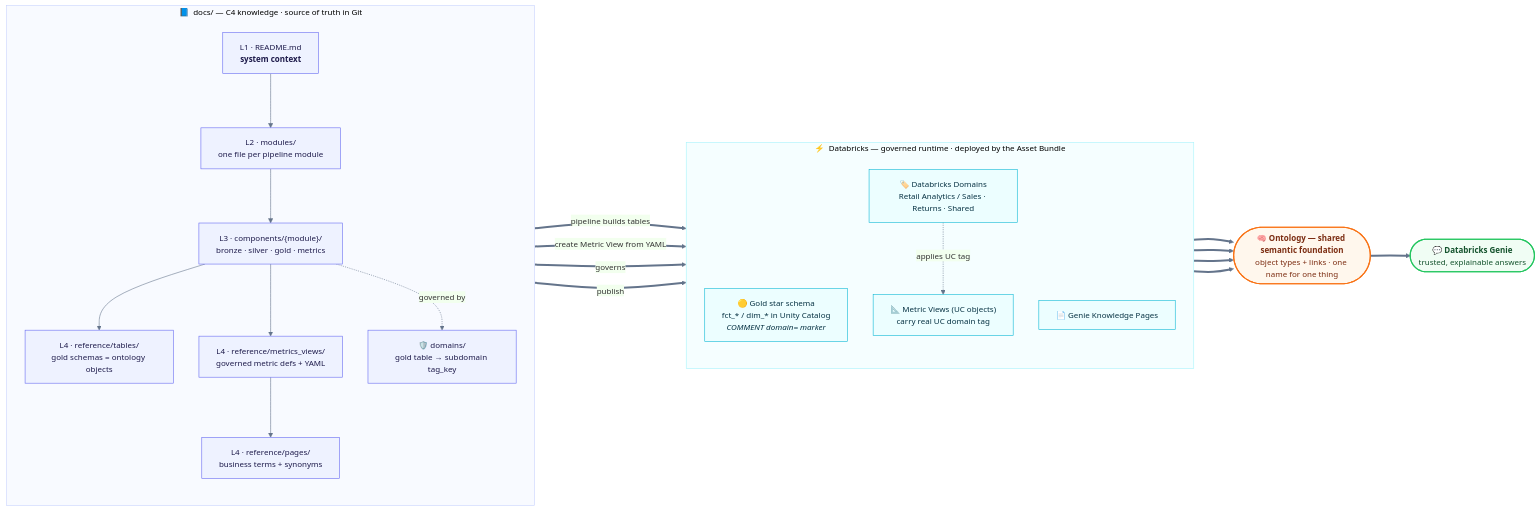
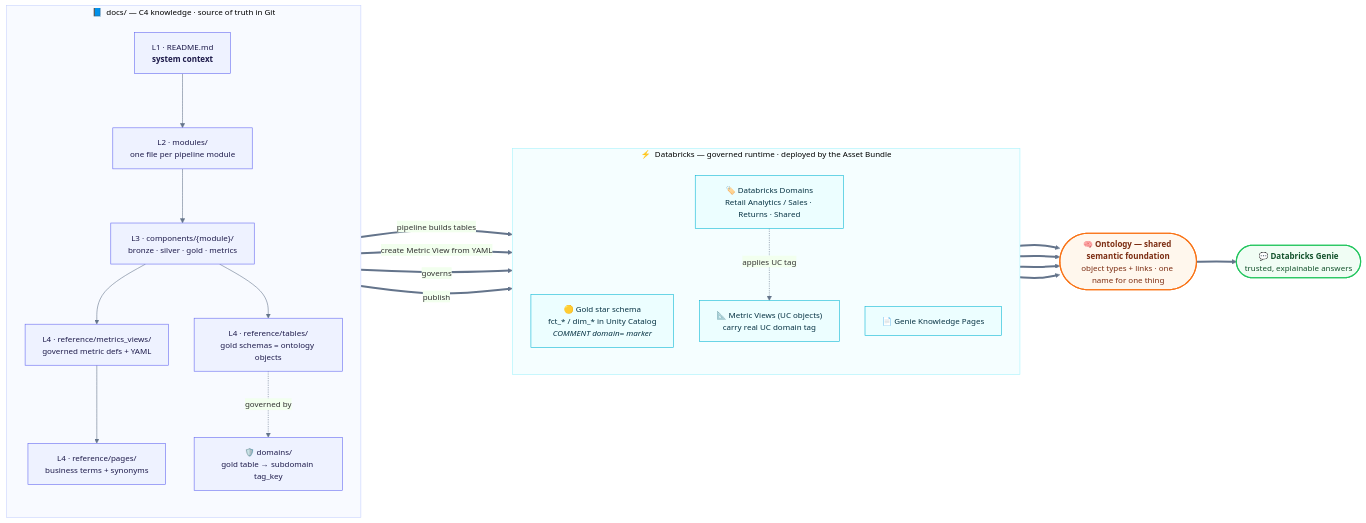
The diagram in README.md (marcinkostkiewiczlingaro/dbx_meetup_demo), drawn with Mermaid before and after one commit. The commit also changed other lines of this file, not shown here.

Commit message:
docs: point 'governed by' arrow from L4 gold tables to domains, not L3

````diff
--- a/README.md
+++ b/README.md
@@ -94,52 +94,52 @@
 ```mermaid
 %%{init: {"theme": "base", "themeVariables": {"fontfamily": "Segoe UI, Helvetica, Arial, sans-serif", "fontSize": "14px", "primaryColor": "#eef2ff", "lineColor": "#64748b", "clusterBorder": "#cbd5e1"}, "flowchart": {"curve": "basis", "nodeSpacing": 45, "rankSpacing": 70}}}%%
 flowchart LR
   subgraph DOCS["📘 &nbsp;docs/ &mdash; C4 knowledge &middot; source of truth in Git"]
     direction TB
     L1["L1 &middot; README.md<br/><b>system context</b>"]
     L2["L2 &middot; modules/<br/>one file per pipeline module"]
     L3["L3 &middot; components/{module}/<br/>bronze &middot; silver &middot; gold &middot; metrics"]
     TBL["L4 &middot; reference/tables/<br/>gold schemas = ontology objects"]
     MV["L4 &middot; reference/metrics_views/<br/>governed metric defs + YAML"]
     PG["L4 &middot; reference/pages/<br/>business terms + synonyms"]
     DOM["🛡️ domains/<br/>gold table &rarr; subdomain tag_key"]
     L1 --> L2 --> L3
     L3 --> TBL & MV
     MV --> PG
-    L3 -. governed by .-> DOM
+    TBL -. governed by .-> DOM
   end
 
   subgraph DBX["⚡ &nbsp;Databricks &mdash; governed runtime &middot; deployed by the Asset Bundle"]
     direction TB
     GOLD["🟡 Gold star schema<br/>fct_* / dim_* in Unity Catalog<br/><i>COMMENT domain= marker</i>"]
     MVIEW["📐 Metric Views (UC objects)<br/>carry real UC domain tag"]
     DOMAIN["🏷️ Databricks Domains<br/>Retail Analytics / Sales &middot; Returns &middot; Shared"]
     PAGES["📄 Genie Knowledge Pages"]
   end
 
   ONT(["🧠 <b>Ontology &mdash; shared semantic foundation</b><br/>object types + links &middot; one name for one thing"])
   GENIE(["💬 <b>Databricks Genie</b><br/>trusted, explainable answers"])
 
   TBL ==>|pipeline builds tables| GOLD
   MV ==>|create Metric View from YAML| MVIEW
   DOM ==>|governs| DOMAIN
   PG ==>|publish| PAGES
   DOMAIN -. applies UC tag .-> MVIEW
 
   GOLD ==> ONT
   MVIEW ==> ONT
   DOMAIN ==> ONT
   PAGES ==> ONT
   ONT ==> GENIE
 
   classDef docs fill:#eef2ff,stroke:#6366f1,stroke-width:1px,color:#1e1b4b;
   classDef dbx fill:#ecfeff,stroke:#06b6d4,stroke-width:1px,color:#083344;
   classDef ont fill:#fff7ed,stroke:#f97316,stroke-width:2px,color:#7c2d12;
   classDef genie fill:#f0fdf4,stroke:#22c55e,stroke-width:2px,color:#14532d;
   class L1,L2,L3,TBL,MV,PG,DOM docs;
   class GOLD,MVIEW,DOMAIN,PAGES dbx;
   class ONT ont;
   class GENIE genie;
   style DOCS fill:#f8faff,stroke:#c7d2fe,stroke-width:1px;
   style DBX fill:#f5feff,stroke:#a5f3fc,stroke-width:1px;
 ```
````
